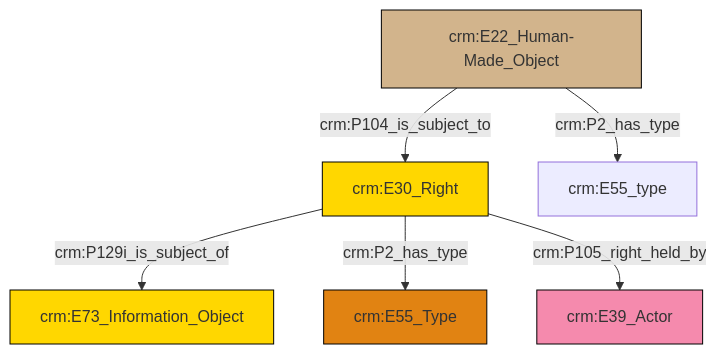
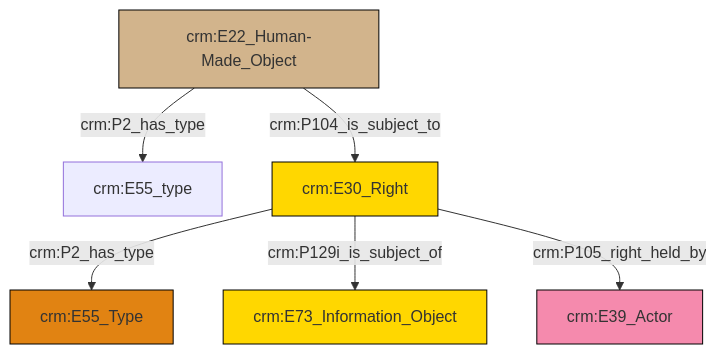
One commit to swiss-art-research-net/reference-data-models changed the diagram in et/builtWorkCSV/ttl/mmd/Built_Work_rights.ttl.mmd. Above: the diagram before and after it, drawn with Mermaid. The commit also changed 124 other files, not shown here.

```diff
--- a/et/builtWorkCSV/ttl/mmd/Built_Work_rights.ttl.mmd
+++ b/et/builtWorkCSV/ttl/mmd/Built_Work_rights.ttl.mmd
@@ -1,20 +1,20 @@
 graph TD
 classDef Literal fill:#f2f2f2,stroke:#000000;
 classDef CRM_Entity fill:#FFFFFF,stroke:#000000;
 classDef Temporal_Entity fill:#00C9E6, stroke:#000000;
 classDef Type fill:#E18312, stroke:#000000;
 classDef Time-Span fill:#2C9C91, stroke:#000000;
 classDef Appellation fill:#FFEB7F, stroke:#000000;
 classDef Place fill:#008836, stroke:#000000;
 classDef Persistent_Item fill:#B266B2, stroke:#000000;
 classDef Conceptual_Object fill:#FFD700, stroke:#000000;
 classDef Physical_Thing fill:#D2B48C, stroke:#000000;
 classDef Actor fill:#f58aad, stroke:#000000;
 classDef PC_Classes fill:#4ce600, stroke:#000000;
 classDef Multi fill:#cccccc,stroke:#000000;
 
-0["crm:E30_Right"]:::Conceptual_Object -->|crm:P129i_is_subject_of| 1["crm:E73_Information_Object"]:::Conceptual_Object
-2["crm:E22_Human-Made_Object"]:::Physical_Thing -->|crm:P2_has_type| 3["crm:E55_type"]:::Default
-2["crm:E22_Human-Made_Object"]:::Physical_Thing -->|crm:P104_is_subject_to| 0["crm:E30_Right"]:::Conceptual_Object
-0["crm:E30_Right"]:::Conceptual_Object -->|crm:P2_has_type| 10["crm:E55_Type"]:::Type
-0["crm:E30_Right"]:::Conceptual_Object -->|crm:P105_right_held_by| 7["crm:E39_Actor"]:::Actor
+0["crm:E22_Human-Made_Object"]:::Physical_Thing -->|crm:P2_has_type| 1["crm:E55_type"]:::Default
+5["crm:E30_Right"]:::Conceptual_Object -->|crm:P2_has_type| 6["crm:E55_Type"]:::Type
+0["crm:E22_Human-Made_Object"]:::Physical_Thing -->|crm:P104_is_subject_to| 5["crm:E30_Right"]:::Conceptual_Object
+5["crm:E30_Right"]:::Conceptual_Object -->|crm:P129i_is_subject_of| 10["crm:E73_Information_Object"]:::Conceptual_Object
+5["crm:E30_Right"]:::Conceptual_Object -->|crm:P105_right_held_by| 3["crm:E39_Actor"]:::Actor
```
